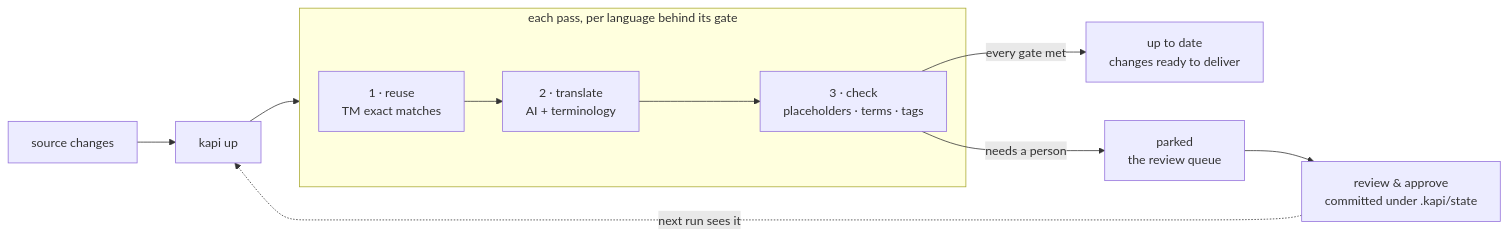
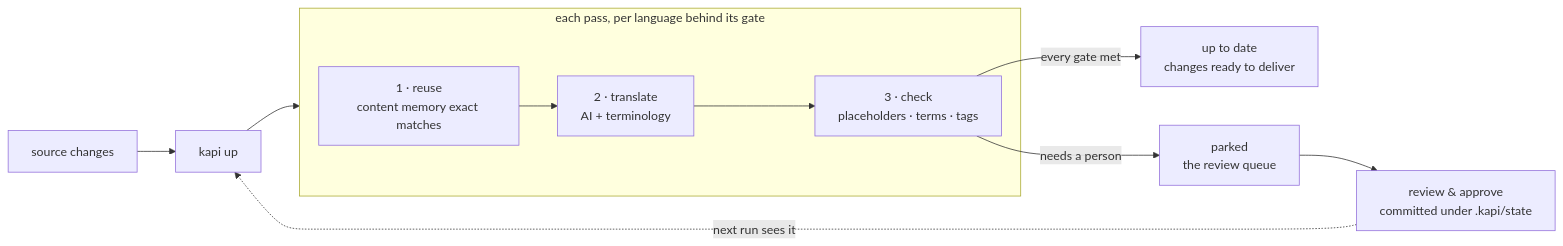
Before and after one commit to neokapi/kapi-action: the diagram in README.md, drawn with Mermaid. The commit also changed other lines of this file and 6 other files, not shown here.

First line of the commit message:
Read the kapi 1.3 content-memory count in plan mode

````diff
--- a/README.md
+++ b/README.md
@@ -76,12 +76,12 @@
 ```mermaid
 flowchart LR
     S[source changes] --> U[kapi up]
     subgraph PASS ["each pass, per language behind its gate"]
-        TM["1 · reuse<br/>TM exact matches"] --> AI["2 · translate<br/>AI + terminology"] --> CK["3 · check<br/>placeholders · terms · tags"]
+        MEM["1 · reuse<br/>content memory exact matches"] --> AI["2 · translate<br/>AI + terminology"] --> CK["3 · check<br/>placeholders · terms · tags"]
     end
     U --> PASS
     CK -->|every gate met| CV["up to date<br/>changes ready to deliver"]
     CK -->|needs a person| PK["parked<br/>the review queue"]
     PK --> RV["review & approve<br/>committed under .kapi/state"]
     RV -.->|next run sees it| U
 ```
````
